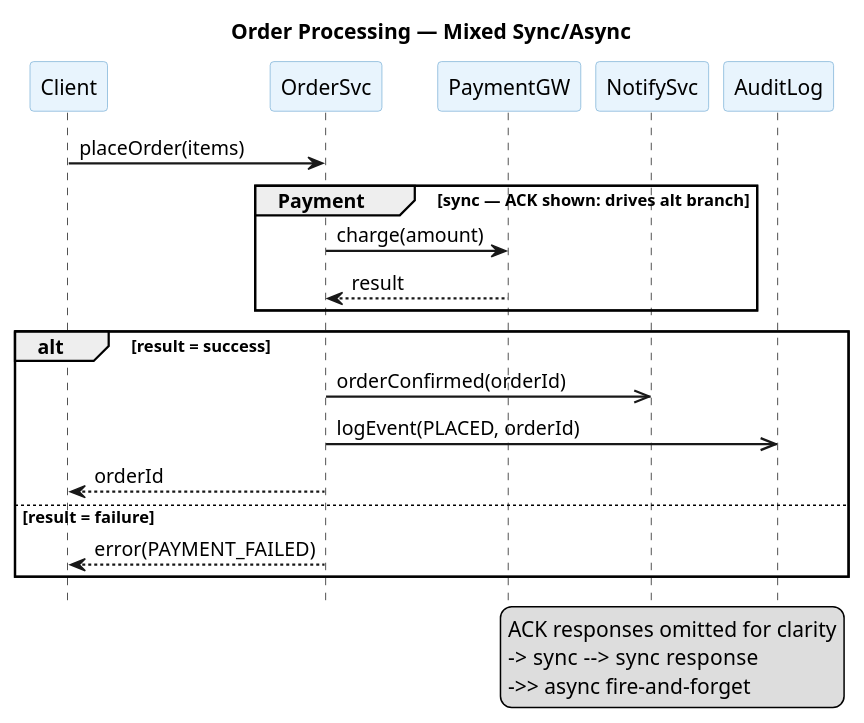
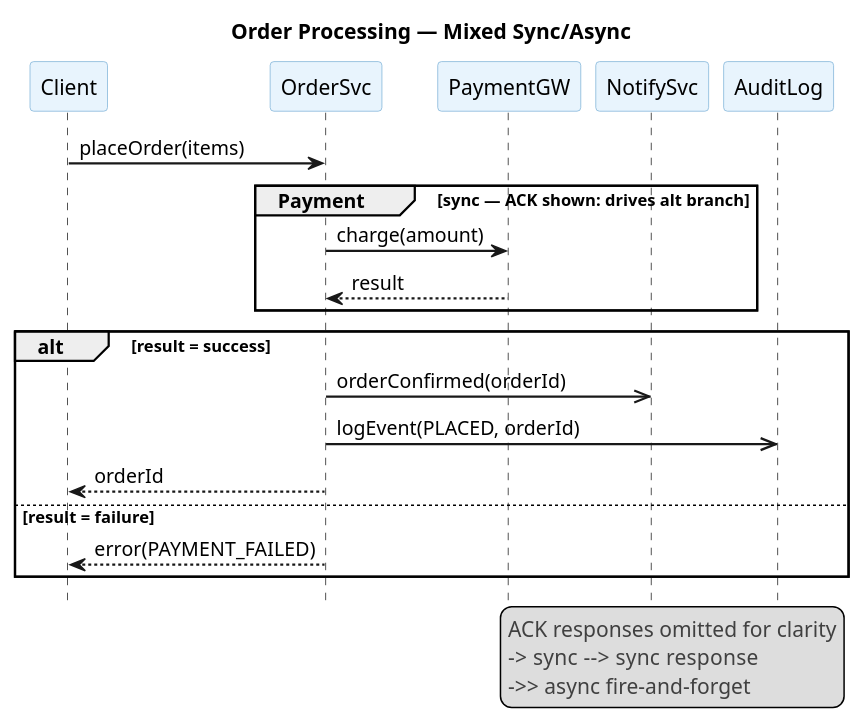
The third of 3 diagrams in plugins/plantuml/skills/plantuml-diagram-guide/references/sequence.md (artem-from-ua/claude-plugins), drawn with PlantUML before and after one commit. The commit also changed other lines of this file and 5 other files, not shown here.

First line of the commit message:
feat(plantuml): wrap legend text in dark grey instead of default black

````diff
--- a/plugins/plantuml/skills/plantuml-diagram-guide/references/sequence.md
+++ b/plugins/plantuml/skills/plantuml-diagram-guide/references/sequence.md
@@ -80,37 +80,37 @@
 ```plantuml
 @startuml
 hide footbox
 title Order Processing — Mixed Sync/Async
 skinparam sequenceArrowThickness 1.5
 skinparam LifeLineBorderColor #C0C0C0
 skinparam participantBackgroundColor #E8F4FD
 skinparam participantBorderColor #7FB3D8
 
 participant Client
 participant OrderSvc
 participant PaymentGW
 participant NotifySvc
 participant AuditLog
 
 Client -> OrderSvc: placeOrder(items)
 
 group Payment [sync — ACK shown: drives alt branch]
   OrderSvc -> PaymentGW: charge(amount)
   PaymentGW --> OrderSvc: result
 end
 
 alt result = success
   OrderSvc ->> NotifySvc: orderConfirmed(orderId)
   OrderSvc ->> AuditLog: logEvent(PLACED, orderId)
   OrderSvc --> Client: orderId
 else result = failure
   OrderSvc --> Client: error(PAYMENT_FAILED)
 end
 
 legend right
-  ACK responses omitted for clarity
-  -> sync  --> sync response
-  ->> async fire-and-forget
+  <color:#404040>ACK responses omitted for clarity</color>
+  <color:#404040>-> sync  --> sync response</color>
+  <color:#404040>->> async fire-and-forget</color>
 end legend
 @enduml
 ```
````
